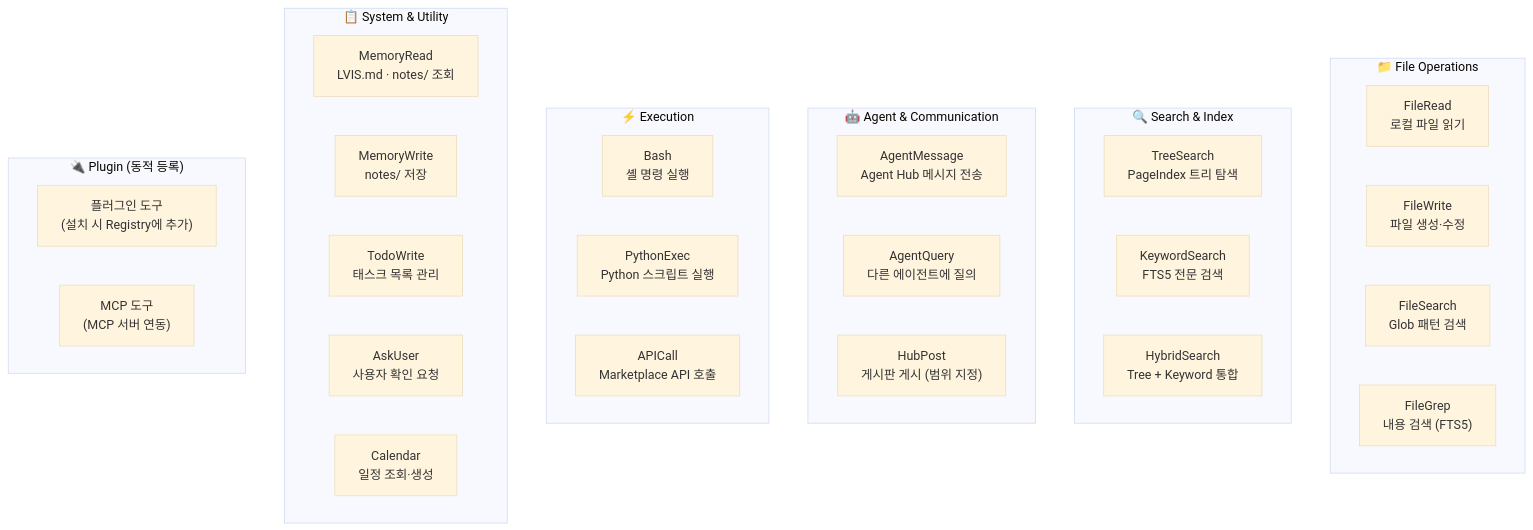
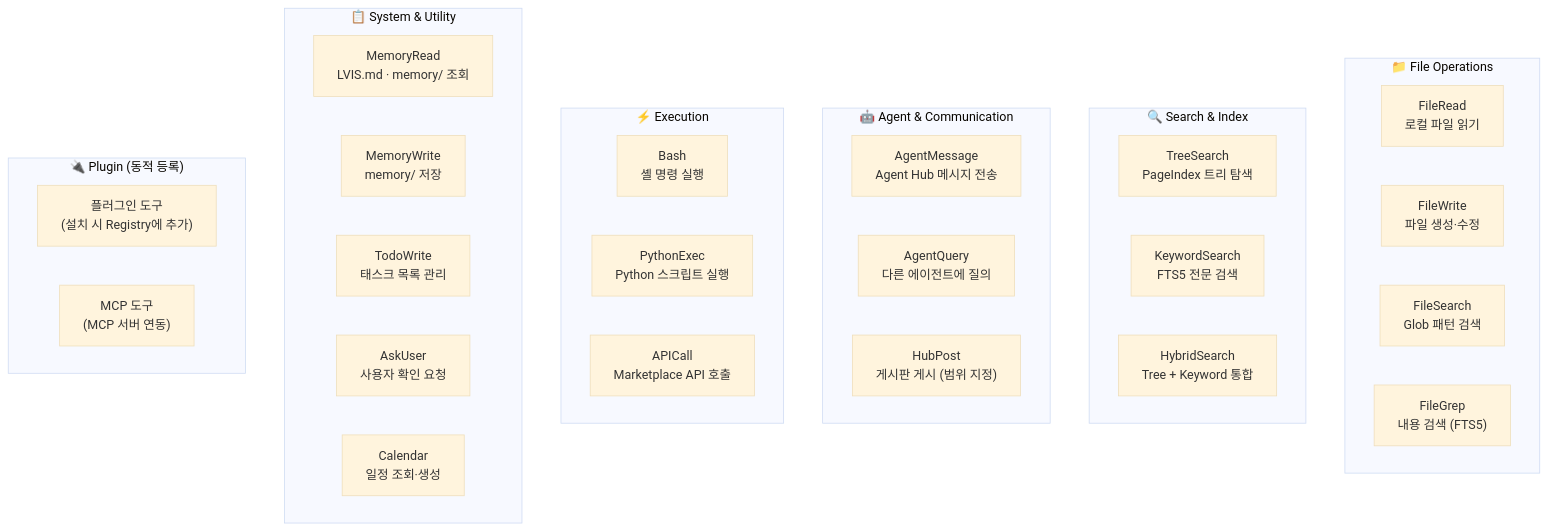
One commit to lvis-project/lvis-app changed diagram 20 of 44 in docs/architecture/architecture.md. Above: the diagram before and after it, drawn with Mermaid (base theme). The commit also changed other lines of this file and 7 other files, not shown here.

````diff
--- a/docs/architecture/architecture.md
+++ b/docs/architecture/architecture.md
@@ -1668,40 +1668,40 @@
 ```mermaid
 graph TB
     subgraph "📁 File Operations"
         FILE_READ["FileRead<br/>로컬 파일 읽기"]
         FILE_WRITE["FileWrite<br/>파일 생성·수정"]
         FILE_SEARCH["FileSearch<br/>Glob 패턴 검색"]
         FILE_GREP["FileGrep<br/>내용 검색 (FTS5)"]
     end
 
     subgraph "🔍 Search & Index"
         TREE_SEARCH["TreeSearch<br/>PageIndex 트리 탐색"]
         KEYWORD_SEARCH["KeywordSearch<br/>FTS5 전문 검색"]
         HYBRID_SEARCH["HybridSearch<br/>Tree + Keyword 통합"]
     end
 
     subgraph "🤖 Agent & Communication"
         AGENT_MSG["AgentMessage<br/>Agent Hub 메시지 전송"]
         AGENT_QUERY["AgentQuery<br/>다른 에이전트에 질의"]
         HUB_POST["HubPost<br/>게시판 게시 (범위 지정)"]
     end
 
     subgraph "⚡ Execution"
         BASH["Bash<br/>셸 명령 실행"]
         PYTHON["PythonExec<br/>Python 스크립트 실행"]
         API_CALL["APICall<br/>Marketplace API 호출"]
     end
 
     subgraph "📋 System & Utility"
-        MEMORY_READ["MemoryRead<br/>LVIS.md · notes/ 조회"]
-        MEMORY_WRITE["MemoryWrite<br/>notes/ 저장"]
+        MEMORY_READ["MemoryRead<br/>LVIS.md · memory/ 조회"]
+        MEMORY_WRITE["MemoryWrite<br/>memory/ 저장"]
         TODO["TodoWrite<br/>태스크 목록 관리"]
         ASK_USER["AskUser<br/>사용자 확인 요청"]
         CALENDAR["Calendar<br/>일정 조회·생성"]
     end
 
     subgraph "🔌 Plugin (동적 등록)"
         PLUGIN_TOOL["플러그인 도구<br/>(설치 시 Registry에 추가)"]
         MCP_TOOL["MCP 도구<br/>(MCP 서버 연동)"]
     end
 ```
````
